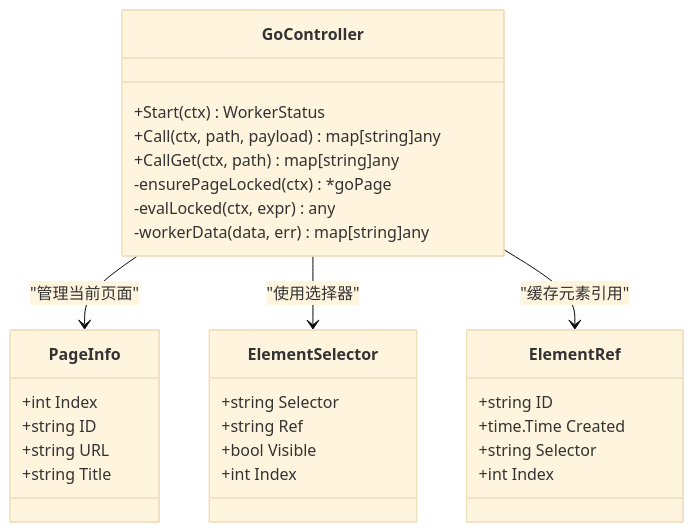
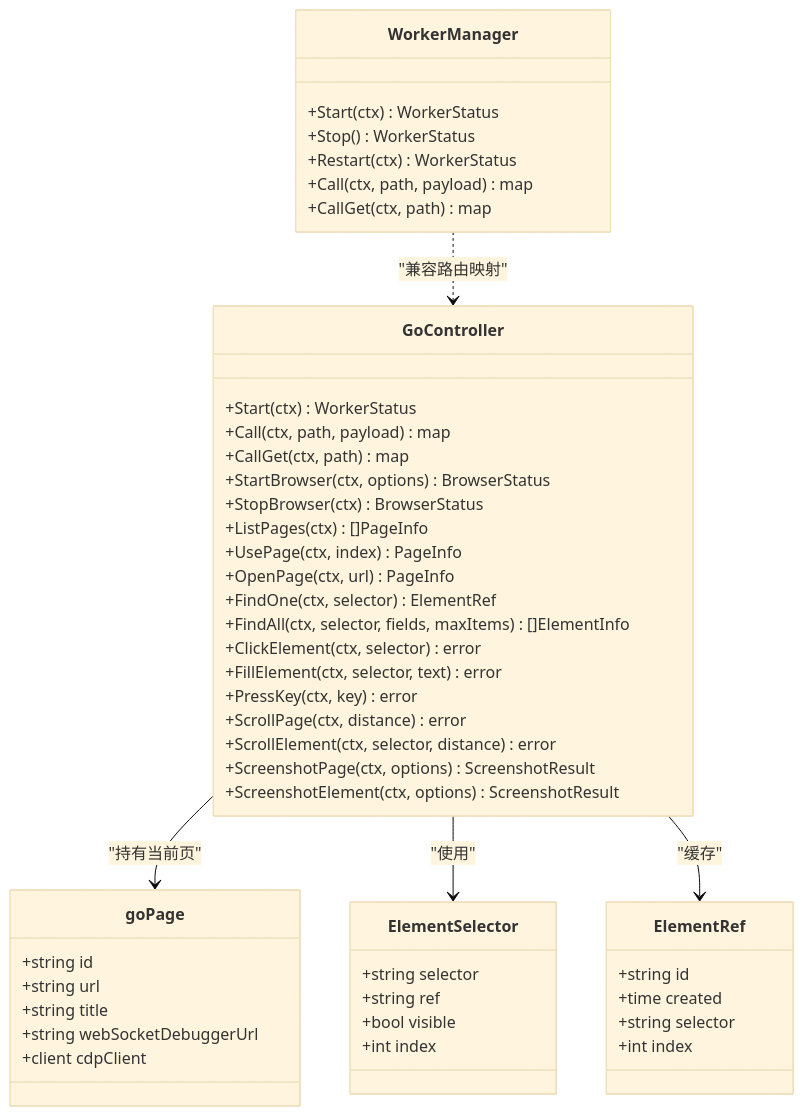
Before and after one commit to alvinwangzi/goodhr: the third of 11 diagrams in .qoder/repowiki/zh/content/本地执行器/浏览器自动化/浏览器控制器/浏览器控制器.md, drawn with Mermaid (base theme). The commit also changed other lines of this file and 149 other files, not shown here.

````diff
--- a/.qoder/repowiki/zh/content/本地执行器/浏览器自动化/浏览器控制器/浏览器控制器.md
+++ b/.qoder/repowiki/zh/content/本地执行器/浏览器自动化/浏览器控制器/浏览器控制器.md
@@ -142,32 +128,52 @@
 ```mermaid
 classDiagram
 class GoController {
 +Start(ctx) WorkerStatus
-+Call(ctx, path, payload) map[string]any
-+CallGet(ctx, path) map[string]any
--ensurePageLocked(ctx) *goPage
--evalLocked(ctx, expr) any
--workerData(data, err) map[string]any
++Call(ctx, path, payload) map
++CallGet(ctx, path) map
++StartBrowser(ctx, options) BrowserStatus
++StopBrowser(ctx) BrowserStatus
++ListPages(ctx) []PageInfo
++UsePage(ctx, index) PageInfo
++OpenPage(ctx, url) PageInfo
++FindOne(ctx, selector) ElementRef
++FindAll(ctx, selector, fields, maxItems) []ElementInfo
++ClickElement(ctx, selector) error
++FillElement(ctx, selector, text) error
++PressKey(ctx, key) error
++ScrollPage(ctx, distance) error
++ScrollElement(ctx, selector, distance) error
++ScreenshotPage(ctx, options) ScreenshotResult
++ScreenshotElement(ctx, options) ScreenshotResult
 }
-class PageInfo {
-+int Index
-+string ID
-+string URL
-+string Title
+class goPage {
++string id
++string url
++string title
++string webSocketDebuggerUrl
++client cdpClient
 }
 class ElementSelector {
-+string Selector
-+string Ref
-+bool Visible
-+int Index
++string selector
++string ref
++bool visible
++int index
 }
 class ElementRef {
-+string ID
-+time.Time Created
-+string Selector
-+int Index
++string id
++time created
++string selector
++int index
 }
-GoController --> PageInfo : "管理当前页面"
-GoController --> ElementSelector : "使用选择器"
-GoController --> ElementRef : "缓存元素引用"
+class WorkerManager {
++Start(ctx) WorkerStatus
++Stop() WorkerStatus
++Restart(ctx) WorkerStatus
++Call(ctx, path, payload) map
++CallGet(ctx, path) map
+}
+GoController --> goPage : "持有当前页"
+GoController --> ElementSelector : "使用"
+GoController --> ElementRef : "缓存"
+WorkerManager ..> GoController : "兼容路由映射"
 ```
````
